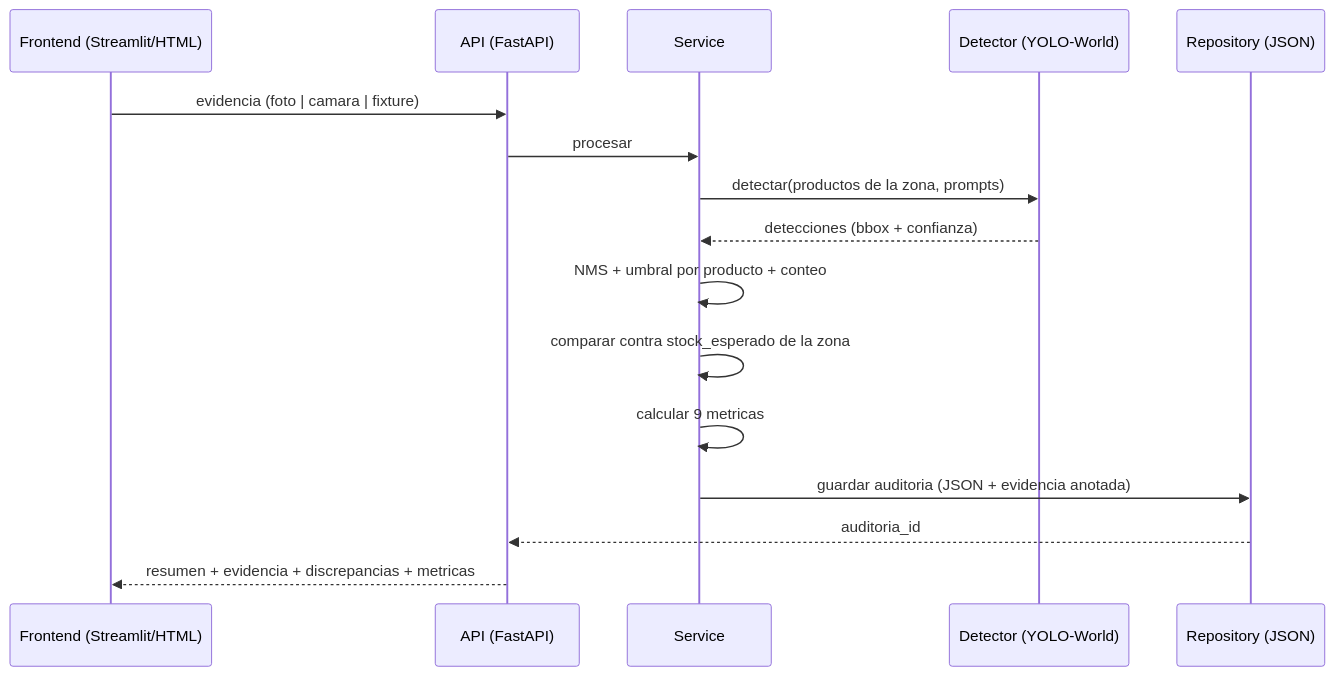
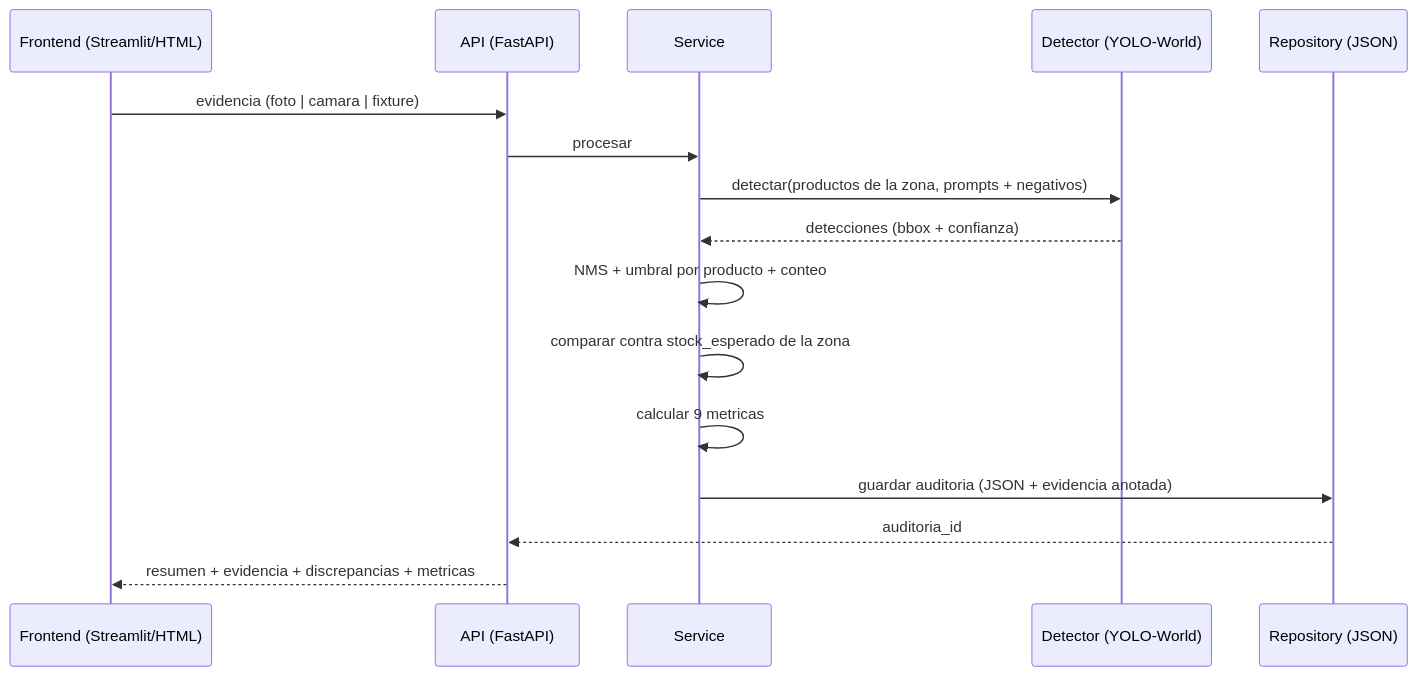
The second of 2 diagrams in docs/ARQUITECTURA.md (nicolasrreyes/visioncomputacional), drawn with Mermaid before and after one commit. The commit also changed other lines of this file and 3 other files, not shown here.

````diff
--- a/docs/ARQUITECTURA.md
+++ b/docs/ARQUITECTURA.md
@@ -52,19 +52,19 @@
 ```mermaid
 sequenceDiagram
     participant F as Frontend (Streamlit/HTML)
     participant A as API (FastAPI)
     participant S as Service
     participant D as Detector (YOLO-World)
     participant R as Repository (JSON)
 
     F->>A: evidencia (foto | camara | fixture)
     A->>S: procesar
-    S->>D: detectar(productos de la zona, prompts)
+    S->>D: detectar(productos de la zona, prompts + negativos)
     D-->>S: detecciones (bbox + confianza)
     S->>S: NMS + umbral por producto + conteo
     S->>S: comparar contra stock_esperado de la zona
     S->>S: calcular 9 metricas
     S->>R: guardar auditoria (JSON + evidencia anotada)
     R-->>A: auditoria_id
     A-->>F: resumen + evidencia + discrepancias + metricas
 ```
````
